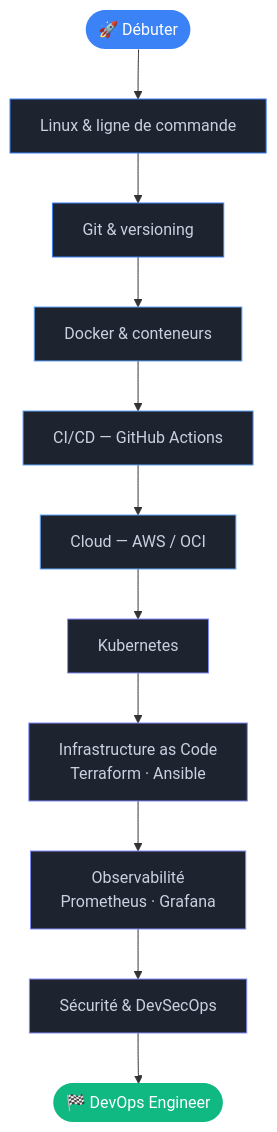
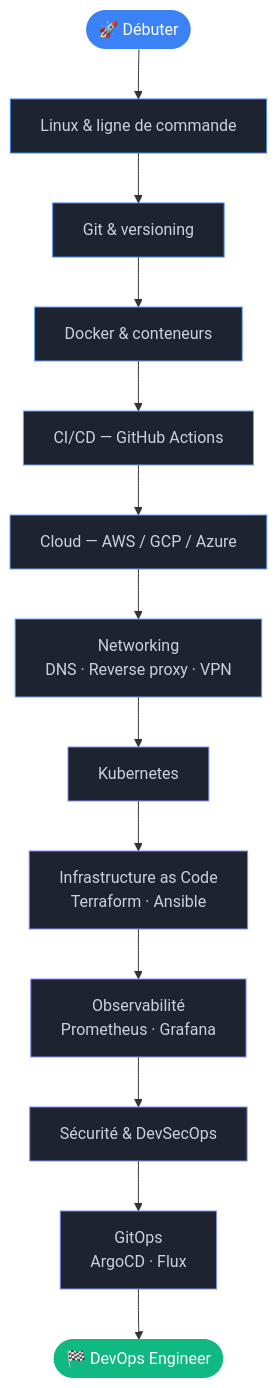
One commit to mohamedmahtali/notes-site changed the diagram in content/roadmap.md. Above: the diagram before and after it, drawn with Mermaid. The commit also changed other lines of this file and 628 other files, not shown here.

````diff
--- a/content/roadmap.md
+++ b/content/roadmap.md
@@ -11,25 +11,29 @@
 ```mermaid
 flowchart TD
     A([🚀 Débuter]) --> B[Linux & ligne de commande]
     B --> C[Git & versioning]
     C --> D[Docker & conteneurs]
     D --> E[CI/CD — GitHub Actions]
-    E --> F[Cloud — AWS / OCI]
-    F --> G[Kubernetes]
+    E --> F[Cloud — AWS / GCP / Azure]
+    F --> NET[Networking\nDNS · Reverse proxy · VPN]
+    NET --> G[Kubernetes]
     G --> H[Infrastructure as Code\nTerraform · Ansible]
     H --> I[Observabilité\nPrometheus · Grafana]
     I --> J[Sécurité & DevSecOps]
-    J --> K([🏁 DevOps Engineer])
+    J --> GO[GitOps\nArgoCD · Flux]
+    GO --> K([🏁 DevOps Engineer])
 
     style A fill:#3b82f6,color:#fff,stroke:none
     style K fill:#10b981,color:#fff,stroke:none
     style B fill:#1e2330,color:#c9d1e0,stroke:#3b82f6
     style C fill:#1e2330,color:#c9d1e0,stroke:#3b82f6
     style D fill:#1e2330,color:#c9d1e0,stroke:#60a5fa
     style E fill:#1e2330,color:#c9d1e0,stroke:#60a5fa
     style F fill:#1e2330,color:#c9d1e0,stroke:#60a5fa
+    style NET fill:#1e2330,color:#c9d1e0,stroke:#60a5fa
     style G fill:#1e2330,color:#c9d1e0,stroke:#818cf8
     style H fill:#1e2330,color:#c9d1e0,stroke:#818cf8
     style I fill:#1e2330,color:#c9d1e0,stroke:#818cf8
     style J fill:#1e2330,color:#c9d1e0,stroke:#818cf8
+    style GO fill:#1e2330,color:#c9d1e0,stroke:#818cf8
 ```
````
